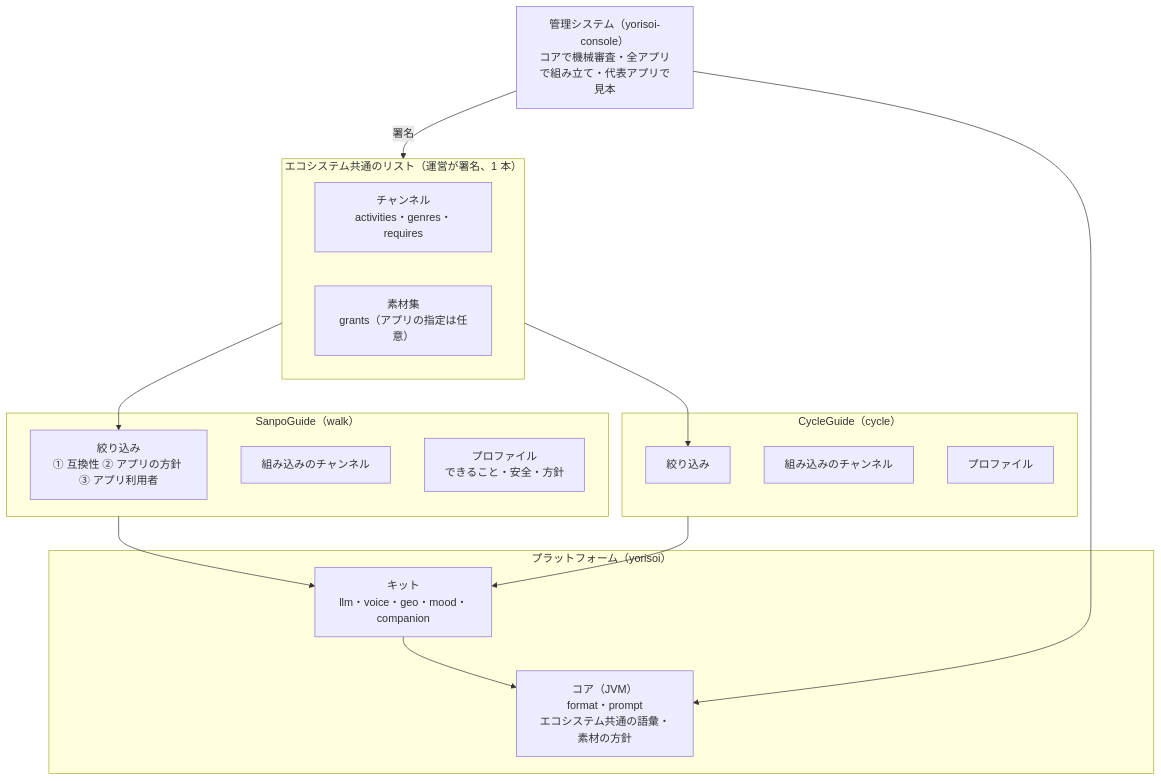
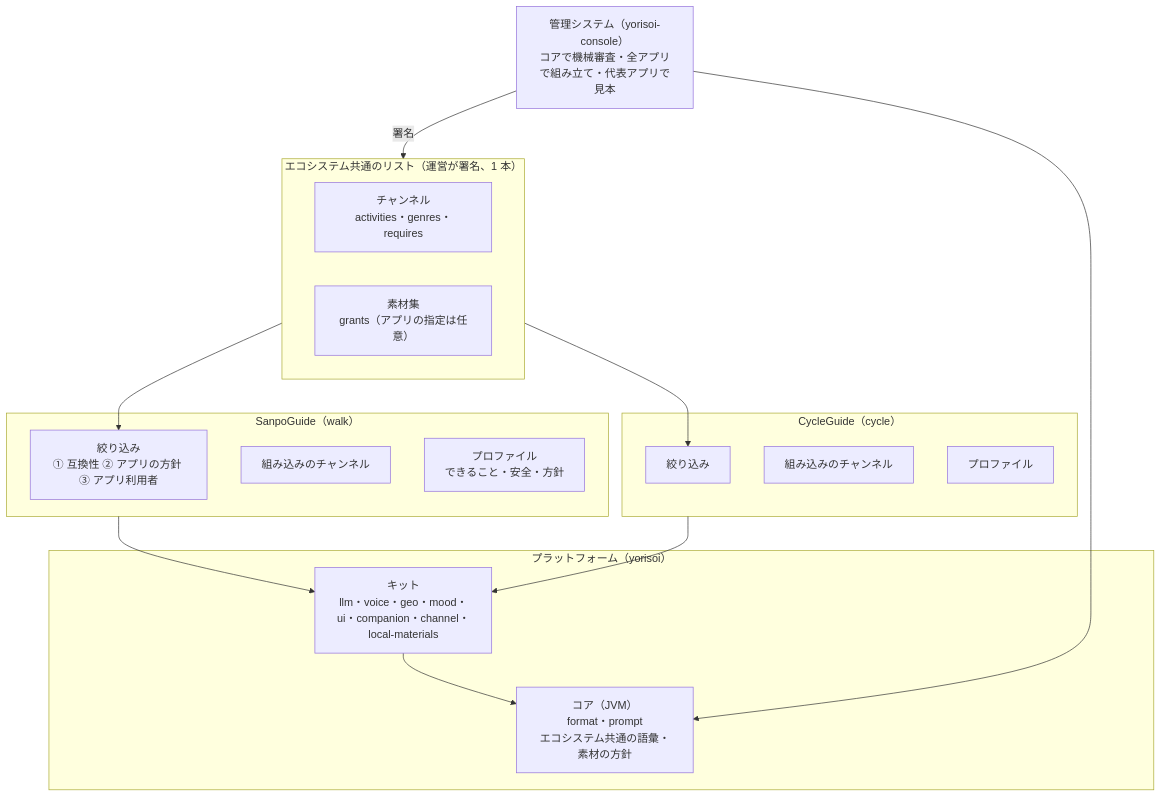
The diagram in docs/overview/yorisoi-ecosystem.md (duwenji/yorisoi-platform), drawn with Mermaid before and after one commit. The commit also changed other lines of this file and 4 other files, not shown here.

````diff
--- a/docs/overview/yorisoi-ecosystem.md
+++ b/docs/overview/yorisoi-ecosystem.md
@@ -84,25 +84,25 @@
 ```mermaid
 flowchart TB
     subgraph POOL["エコシステム共通のリスト（運営が署名、1 本）"]
         CH["チャンネル<br/>activities・genres・requires"]
         COL["素材集<br/>grants（アプリの指定は任意）"]
     end
     subgraph A1["SanpoGuide（walk）"]
         F1["絞り込み<br/>① 互換性 ② アプリの方針 ③ アプリ利用者"]
         B1["組み込みのチャンネル"]
         P1["プロファイル<br/>できること・安全・方針"]
     end
     subgraph A2["CycleGuide（cycle）"]
         F2["絞り込み"]
         B2["組み込みのチャンネル"]
         P2["プロファイル"]
     end
     POOL --> F1 & F2
     subgraph PF["プラットフォーム（yorisoi）"]
-        K["キット<br/>llm・voice・geo・mood・companion"]
+        K["キット<br/>llm・voice・geo・mood・ui・companion・channel・local-materials"]
         C["コア（JVM）<br/>format・prompt<br/>エコシステム共通の語彙・素材の方針"]
     end
     A1 & A2 --> K --> C
     OPS["管理システム（yorisoi-console）<br/>コアで機械審査・全アプリで組み立て・代表アプリで見本"] -- "署名" --> POOL
     OPS --> C
 ```
````
